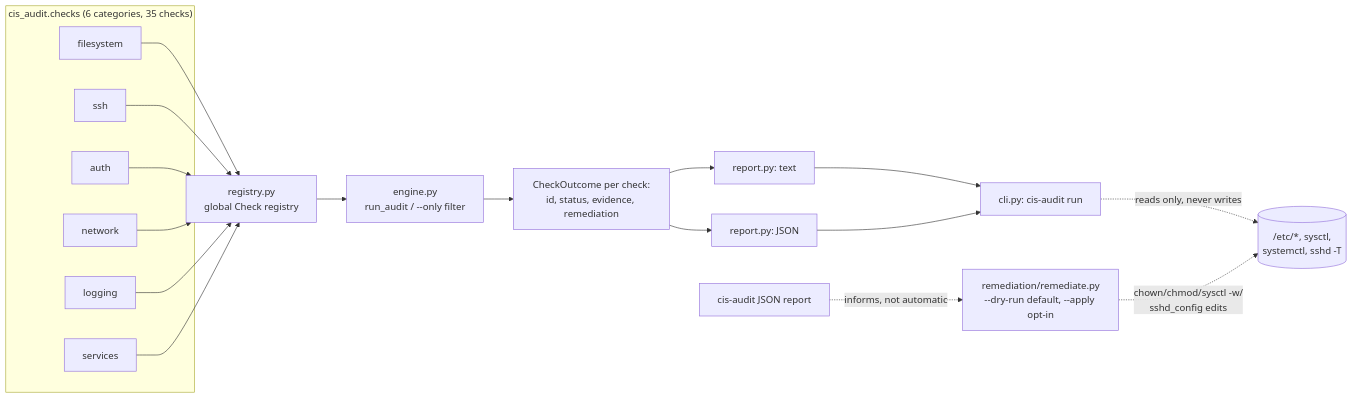
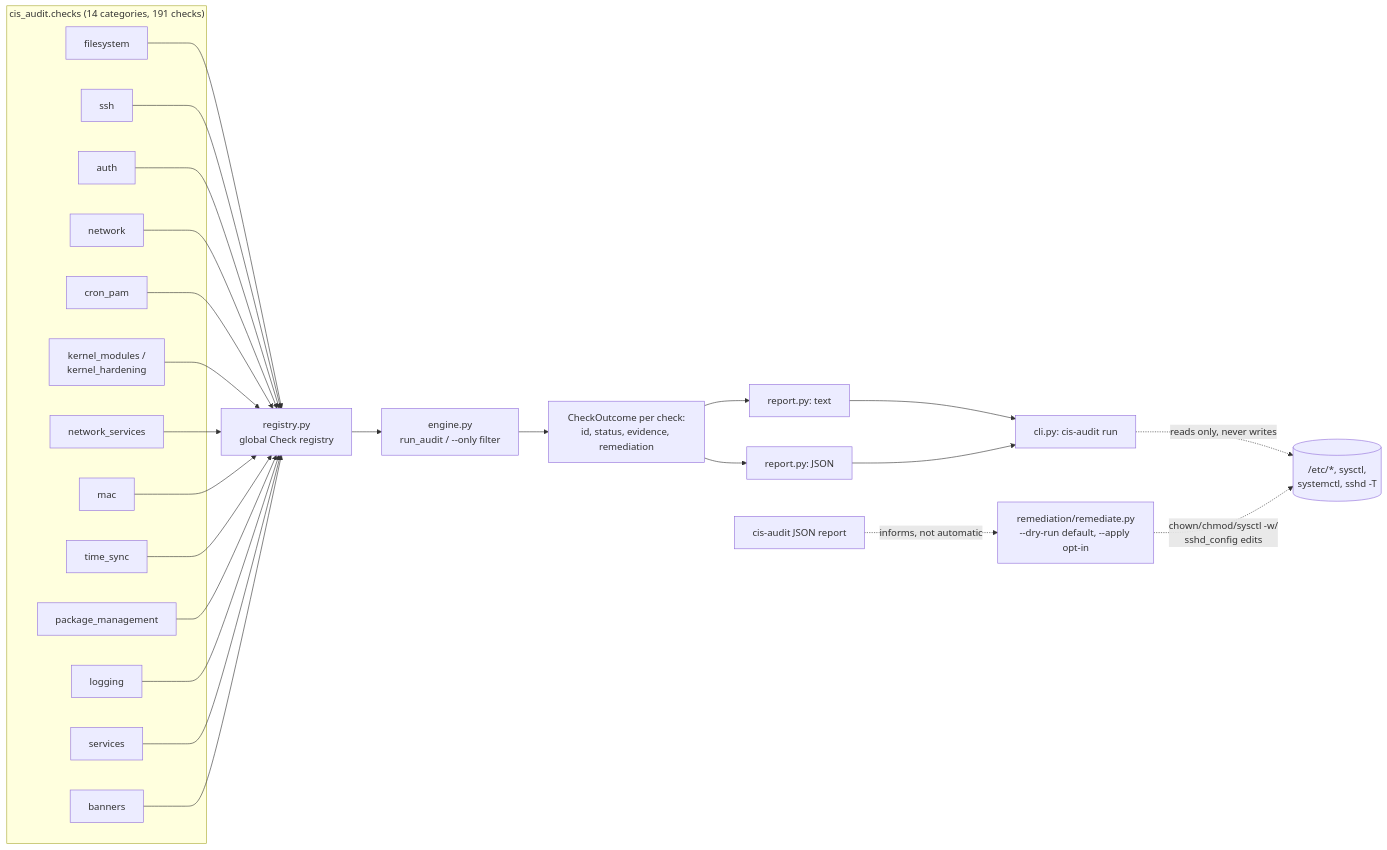
One commit to John-Axe/linux-cis-hardening-auditor changed the diagram in README.md. Above: the diagram before and after it, drawn with Mermaid. The commit also changed other lines of this file and 2 other files, not shown here.

First line of the commit message:
Re-run live audit and update README

````diff
--- a/README.md
+++ b/README.md
@@ -25,20 +28,27 @@
 ```mermaid
 flowchart LR
-    subgraph Checks["cis_audit.checks (6 categories, 35 checks)"]
+    subgraph Checks["cis_audit.checks (14 categories, 191 checks)"]
         F[filesystem]
         S[ssh]
         A[auth]
         N[network]
+        CP[cron_pam]
+        KM[kernel_modules /<br/>kernel_hardening]
+        NS[network_services]
+        MAC[mac]
+        TS[time_sync]
+        PM[package_management]
         L[logging]
         SV[services]
+        BN[banners]
     end
-    F & S & A & N & L & SV --> R[registry.py<br/>global Check registry]
+    F & S & A & N & CP & KM & NS & MAC & TS & PM & L & SV & BN --> R[registry.py<br/>global Check registry]
     R --> E[engine.py<br/>run_audit / --only filter]
     E --> O["CheckOutcome per check:<br/>id, status, evidence, remediation"]
     O --> T[report.py: text]
     O --> J[report.py: JSON]
     T & J --> CLI[cli.py: cis-audit run]
     CLI -.reads only, never writes.-> Sys[("/etc/*, sysctl,\nsystemctl, sshd -T")]
     Findings[cis-audit JSON report] -. informs, not automatic .-> Rem[remediation/remediate.py<br/>--dry-run default, --apply opt-in]
     Rem -."chown/chmod/sysctl -w/\nsshd_config edits".-> Sys
 ```
````
